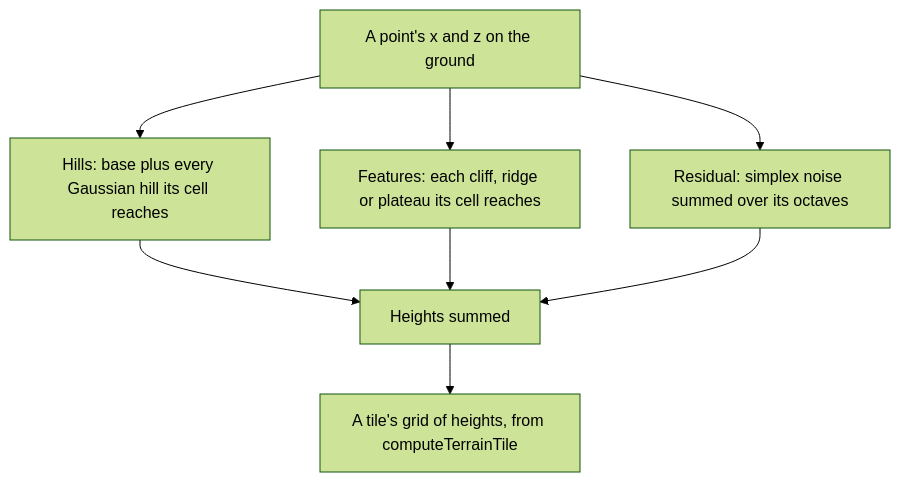
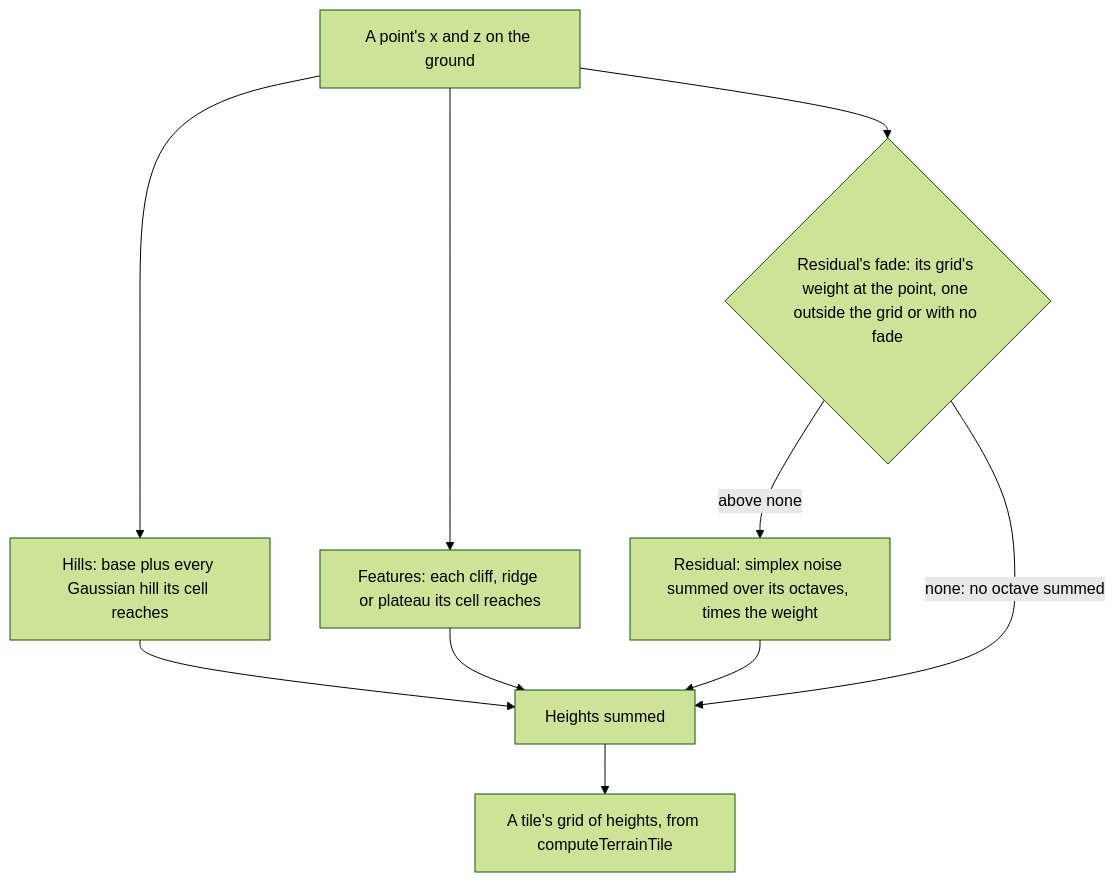
Before and after one commit to Esposter/Esposter: the diagram in apps/web/content/docs/genshin/terrain-shape-height.md, drawn with Mermaid (forest theme). The commit also changed other lines of this file and 3 other files, not shown here.

First line of the commit message:
docs(genshin): the terrain residual's fade is written up and the Windrise ground item misses on its composed bar

````diff
--- a/apps/web/content/docs/genshin/terrain-shape-height.md
+++ b/apps/web/content/docs/genshin/terrain-shape-height.md
@@ -12,10 +12,12 @@
 ```mermaid
 flowchart TD
   PT["A point's x and z on the ground"] --> HL["Hills: base plus every Gaussian hill its cell reaches"]
   PT --> FT["Features: each cliff, ridge or plateau its cell reaches"]
-  PT --> RS["Residual: simplex noise summed over its octaves"]
-  HL --> SUM["Heights summed"]
+  PT --> FD{"Residual's fade: its grid's weight at the point, one outside the grid or with no fade"}
+  FD -->|"above none"| RS["Residual: simplex noise summed over its octaves, times the weight"]
+  FD -->|"none: no octave summed"| SUM["Heights summed"]
+  HL --> SUM
   FT --> SUM
   RS --> SUM
   SUM --> TILE["A tile's grid of heights, from computeTerrainTile"]
 ```
````
